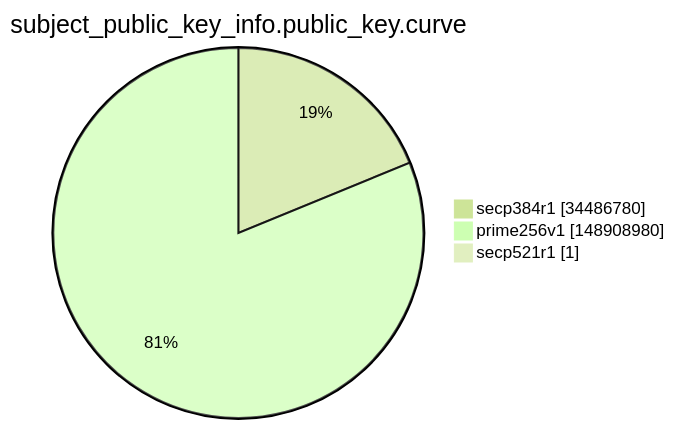
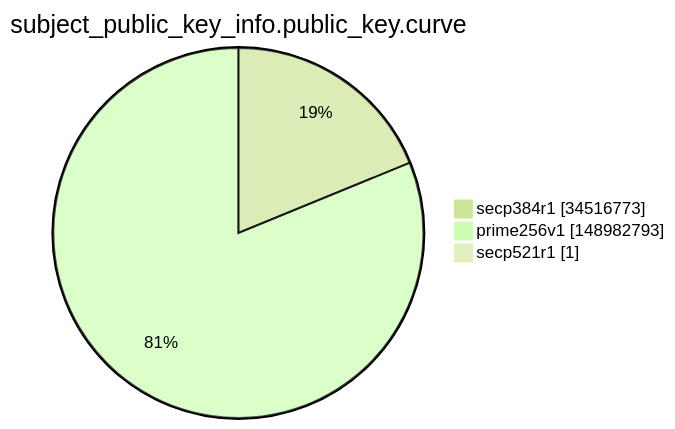
The ninth of 15 diagrams in argon2022/README.md (christiankrug/ctmonitor_visualization), drawn with Mermaid (forest theme) before and after one commit. The commit also changed other lines of this file, not shown here.

````diff
--- a/argon2022/README.md
+++ b/argon2022/README.md
@@ -2764,7 +2764,7 @@
 ```mermaid
 pie showData
 title subject_public_key_info.public_key.curve
-"secp384r1" :34486780
-"prime256v1" :148908980
+"secp384r1" :34516773
+"prime256v1" :148982793
 "secp521r1" :1
 ```
````
